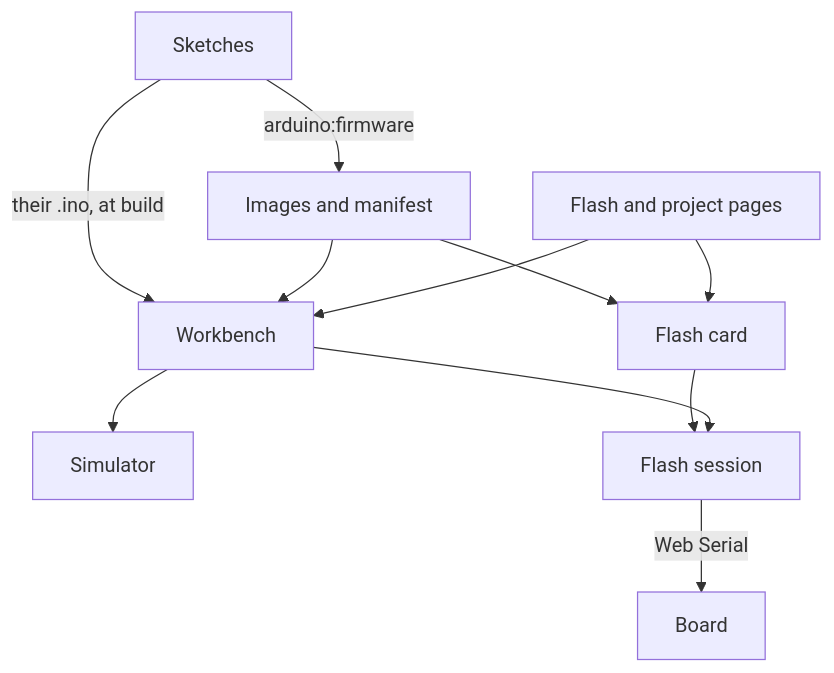
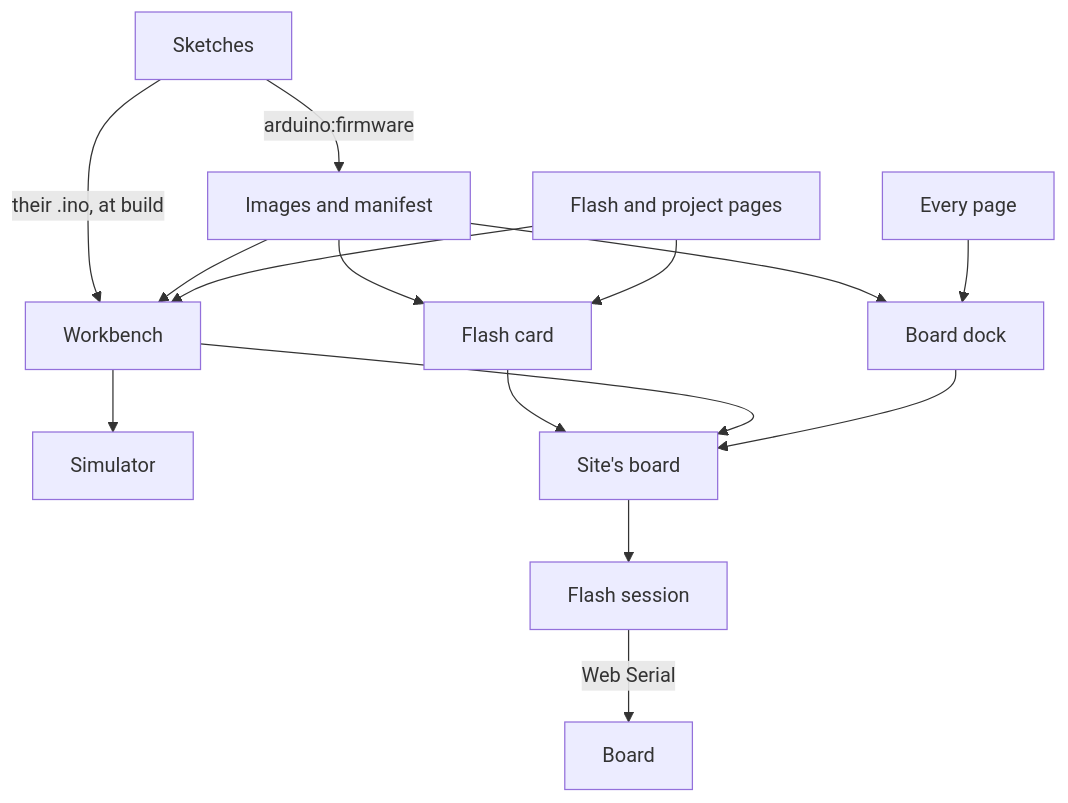
The second of 2 diagrams in docs/architecture.md (lmarqs/esp-rc-car), drawn with Mermaid before and after one commit. The commit also changed other lines of this file, not shown here.

First line of the commit message:
Describe the site's one board, its dock and the client router

````diff
--- a/docs/architecture.md
+++ b/docs/architecture.md
@@ -111,13 +120,17 @@
 ```mermaid
 flowchart TD
   sketches[Sketches] -->|arduino:firmware| images[Images and manifest]
   sketches -->|their .ino, at build| workbench
   images --> card[Flash card]
   images --> workbench
+  images --> dock[Board dock]
   pages[Flash and project pages] --> card
   pages --> workbench[Workbench]
+  layout[Every page] --> dock
   workbench --> simulator[Simulator]
-  card --> session[Flash session]
-  workbench --> session
+  card --> site[Site's board]
+  workbench --> site
+  dock --> site
+  site --> session[Flash session]
   session -->|Web Serial| board[Board]
 ```
````
